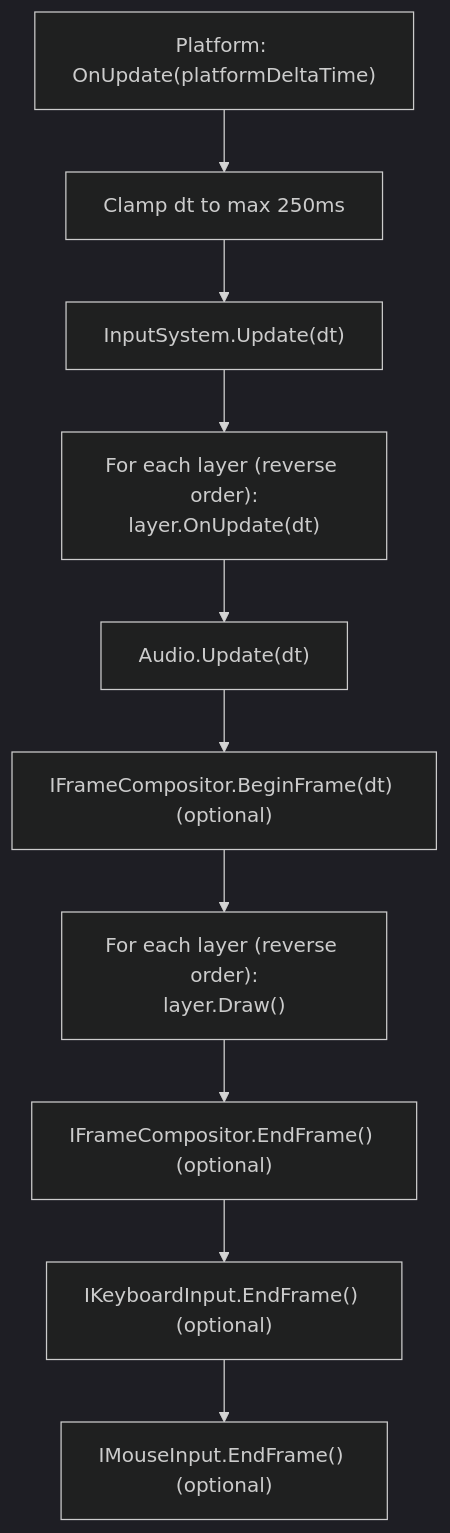
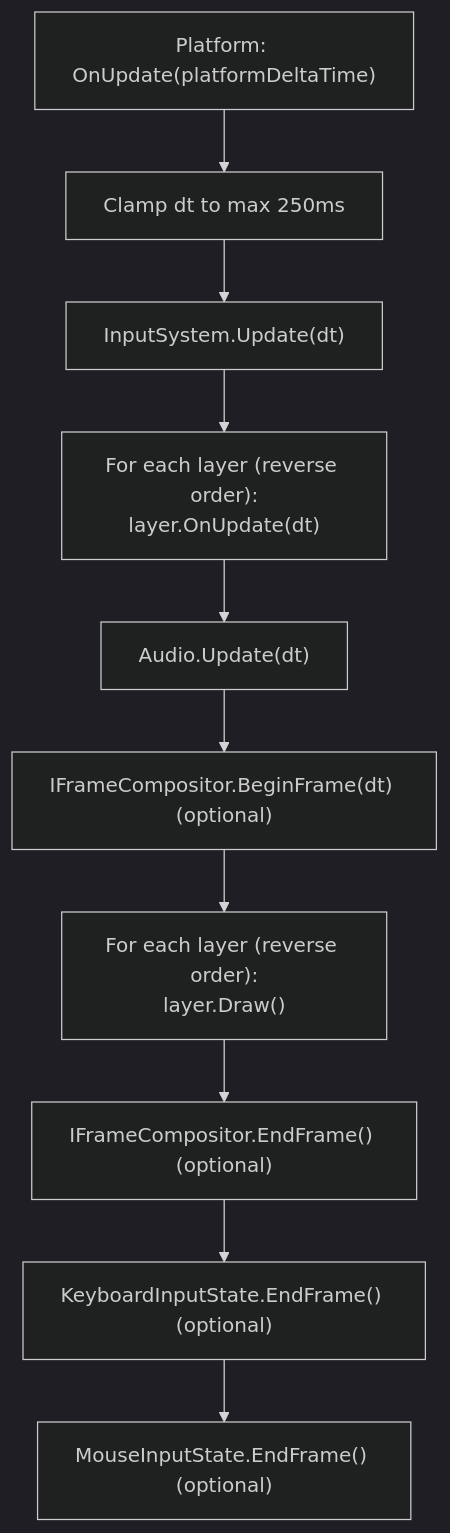
The third of 6 diagrams in docs/architecture/game-loop.md (kateusz/GameEngine), drawn with Mermaid (dark theme) before and after one commit. The commit also changed other lines of this file and 28 other files, not shown here.

````diff
--- a/docs/architecture/game-loop.md
+++ b/docs/architecture/game-loop.md
@@ -163,12 +164,12 @@
 ```mermaid
 graph TD
     A["Platform: OnUpdate(platformDeltaTime)"] --> B["Clamp dt to max 250ms"]
     B --> C["InputSystem.Update(dt)"]
     C --> D["For each layer (reverse order):<br/>layer.OnUpdate(dt)"]
     D --> E["Audio.Update(dt)"]
     E --> F["IFrameCompositor.BeginFrame(dt) (optional)"]
     F --> G["For each layer (reverse order):<br/>layer.Draw()"]
     G --> H["IFrameCompositor.EndFrame() (optional)"]
-    H --> I["IKeyboardInput.EndFrame() (optional)"]
-    I --> J["IMouseInput.EndFrame() (optional)"]
+    H --> I["KeyboardInputState.EndFrame() (optional)"]
+    I --> J["MouseInputState.EndFrame() (optional)"]
 ```
````
